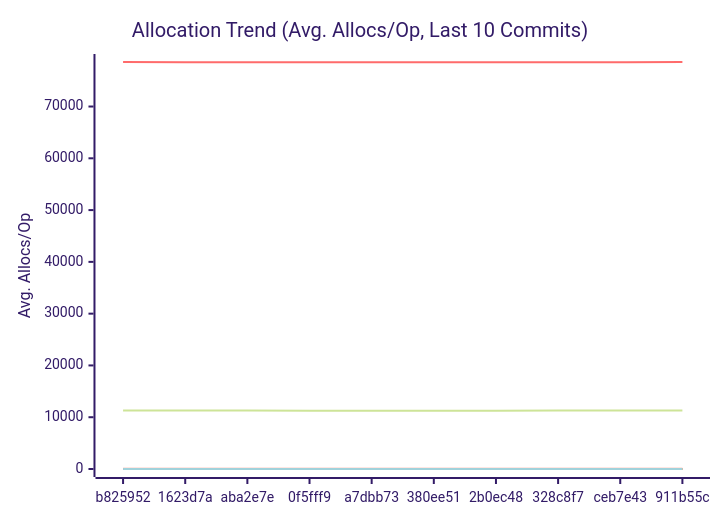
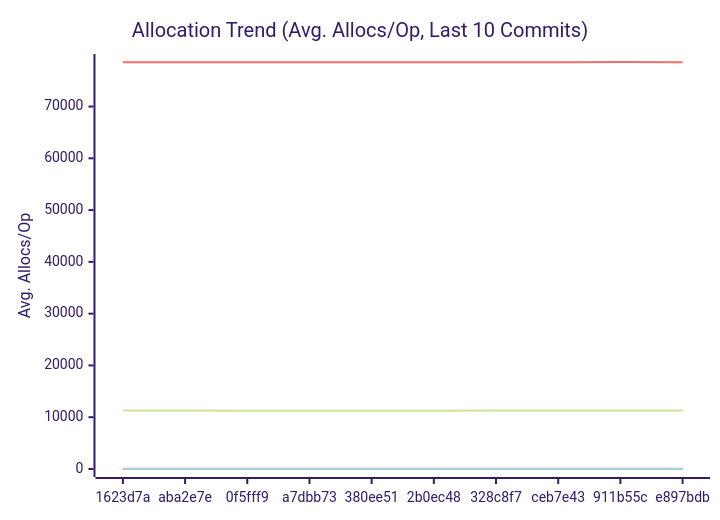
Before and after one commit to alsotoes/momo: the third of 3 diagrams in docs/PERFORMANCE.md, drawn with Mermaid (forest theme). The commit also changed other lines of this file and 3 other files, not shown here.

````diff
--- a/docs/PERFORMANCE.md
+++ b/docs/PERFORMANCE.md
@@ -197,20 +197,20 @@
 ```mermaid
 xychart-beta
     title "Allocation Trend (Avg. Allocs/Op, Last 10 Commits)"
     x-axis "Commit"
     y-axis "Avg. Allocs/Op"
-    x-axis [b825952,1623d7a,aba2e7e,0f5fff9,a7dbb73,380ee51,2b0ec48,328c8f7,ceb7e43,911b55c]
-    line "AWSChunkedReaderSigned" [11282,11278,11284,11272,11270,11273,11273,11279,11281,11298]
-    line "AWSChunkedReaderUnsigned" [78577,78562,78561,78569,78563,78558,78562,78559,78557,78598]
+    x-axis [1623d7a,aba2e7e,0f5fff9,a7dbb73,380ee51,2b0ec48,328c8f7,ceb7e43,911b55c,e897bdb]
+    line "AWSChunkedReaderSigned" [11278,11284,11272,11270,11273,11273,11279,11281,11298,11295]
+    line "AWSChunkedReaderUnsigned" [78562,78561,78569,78563,78558,78562,78559,78557,78598,78563]
     line "CheckMetricsAndSwap" [0,0,0,0,0,0,0,0,0,0]
     line "CrushOptimized" [0,0,0,0,0,0,0,0,0,0]
     line "CrushOriginal" [3,3,3,3,3,3,3,3,3,3]
     line "IndexDirectTracking" [0,0,0,0,0,0,0,0,0,0]
     line "IndexSearch" [0,0,0,0,0,0,0,0,0,0]
     line "LoadGlobalConfig" [54,54,54,54,54,54,54,54,54,54]
     line "PadString" [1,1,1,1,1,1,1,1,1,1]
     line "ParseReplicationOrder_NoPrealloc" [6,6,6,6,6,5,5,5,5,5]
     line "ParseReplicationOrder_Prealloc" [2,2,2,2,2,1,1,1,1,1]
     line "SanitizeLog/Safe" [0,0,0,0,0,0,0,0,0,0]
     line "SanitizeLog/Unsafe" [1,1,1,1,1,1,1,1,1,1]
 ```
````
